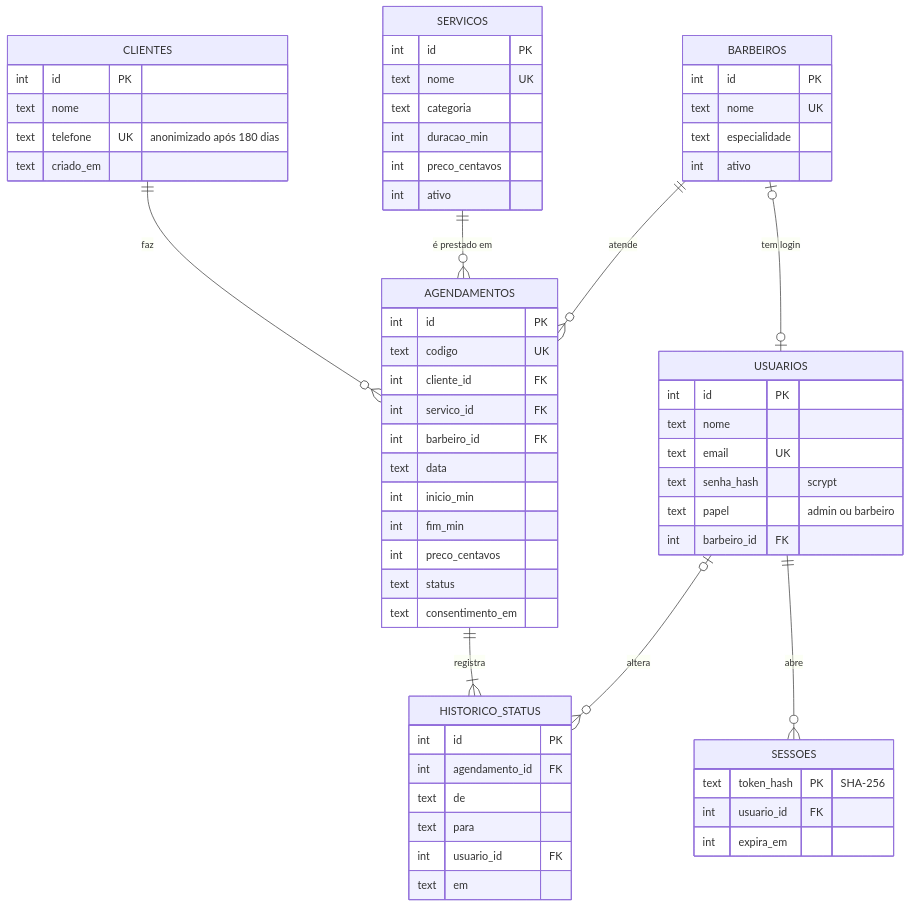
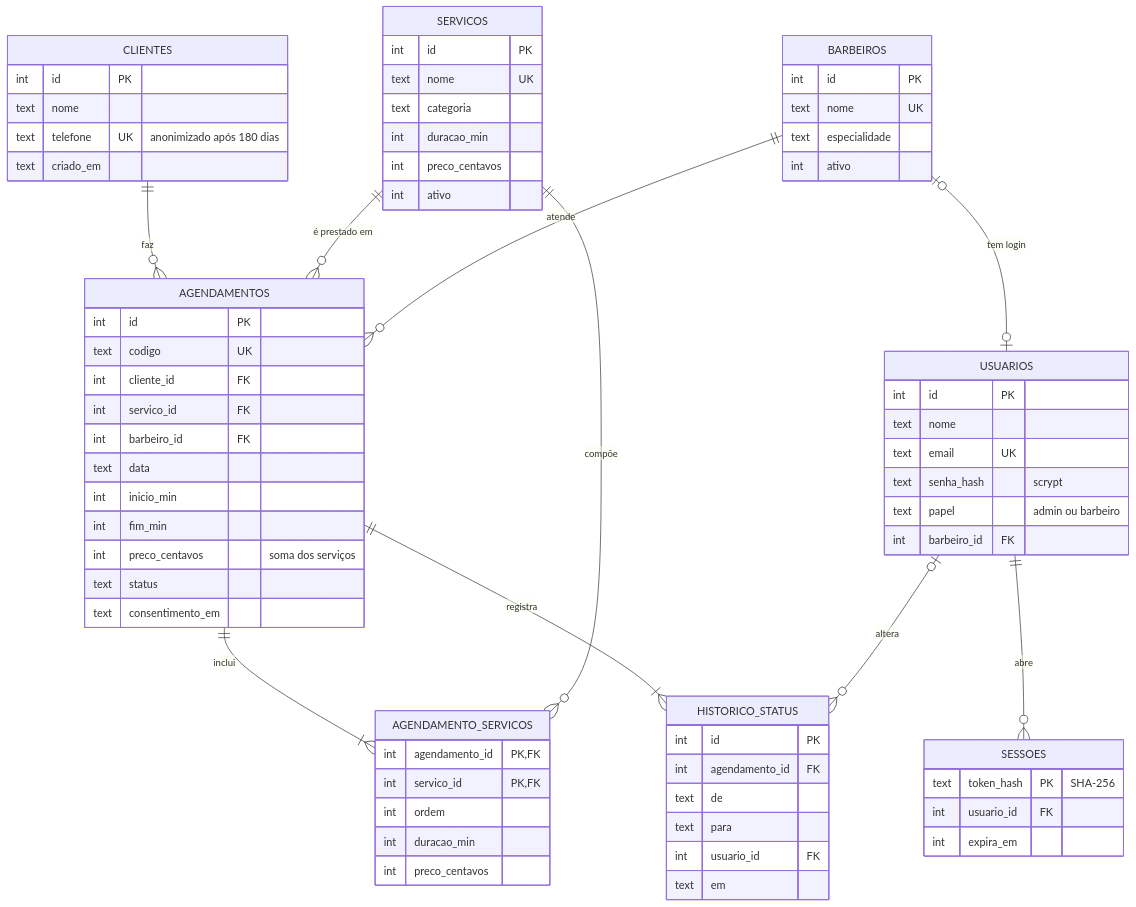
One commit to GustavoResendeDev/V2.AtividadeEscolar changed the diagram in docs/diagramas/fonte/06-der.mmd. Above: the diagram before and after it, drawn with Mermaid. The commit also changed 69 other files, not shown here.

```diff
--- a/docs/diagramas/fonte/06-der.mmd
+++ b/docs/diagramas/fonte/06-der.mmd
@@ -1,62 +1,71 @@
 erDiagram
   CLIENTES ||--o{ AGENDAMENTOS : "faz"
   SERVICOS ||--o{ AGENDAMENTOS : "é prestado em"
   BARBEIROS ||--o{ AGENDAMENTOS : "atende"
   BARBEIROS |o--o| USUARIOS : "tem login"
   USUARIOS ||--o{ SESSOES : "abre"
+  AGENDAMENTOS ||--|{ AGENDAMENTO_SERVICOS : "inclui"
+  SERVICOS ||--o{ AGENDAMENTO_SERVICOS : "compõe"
   AGENDAMENTOS ||--|{ HISTORICO_STATUS : "registra"
   USUARIOS |o--o{ HISTORICO_STATUS : "altera"
   CLIENTES {
     int id PK
     text nome
     text telefone UK "anonimizado após 180 dias"
     text criado_em
   }
   SERVICOS {
     int id PK
     text nome UK
     text categoria
     int duracao_min
     int preco_centavos
     int ativo
   }
   BARBEIROS {
     int id PK
     text nome UK
     text especialidade
     int ativo
   }
   AGENDAMENTOS {
     int id PK
     text codigo UK
     int cliente_id FK
     int servico_id FK
     int barbeiro_id FK
     text data
     int inicio_min
     int fim_min
-    int preco_centavos
+    int preco_centavos "soma dos serviços"
     text status
     text consentimento_em
+  }
+  AGENDAMENTO_SERVICOS {
+    int agendamento_id PK,FK
+    int servico_id PK,FK
+    int ordem
+    int duracao_min
+    int preco_centavos
   }
   USUARIOS {
     int id PK
     text nome
     text email UK
     text senha_hash "scrypt"
     text papel "admin ou barbeiro"
     int barbeiro_id FK
   }
   SESSOES {
     text token_hash PK "SHA-256"
     int usuario_id FK
     int expira_em
   }
   HISTORICO_STATUS {
     int id PK
     int agendamento_id FK
     text de
     text para
     int usuario_id FK
     text em
   }
```
